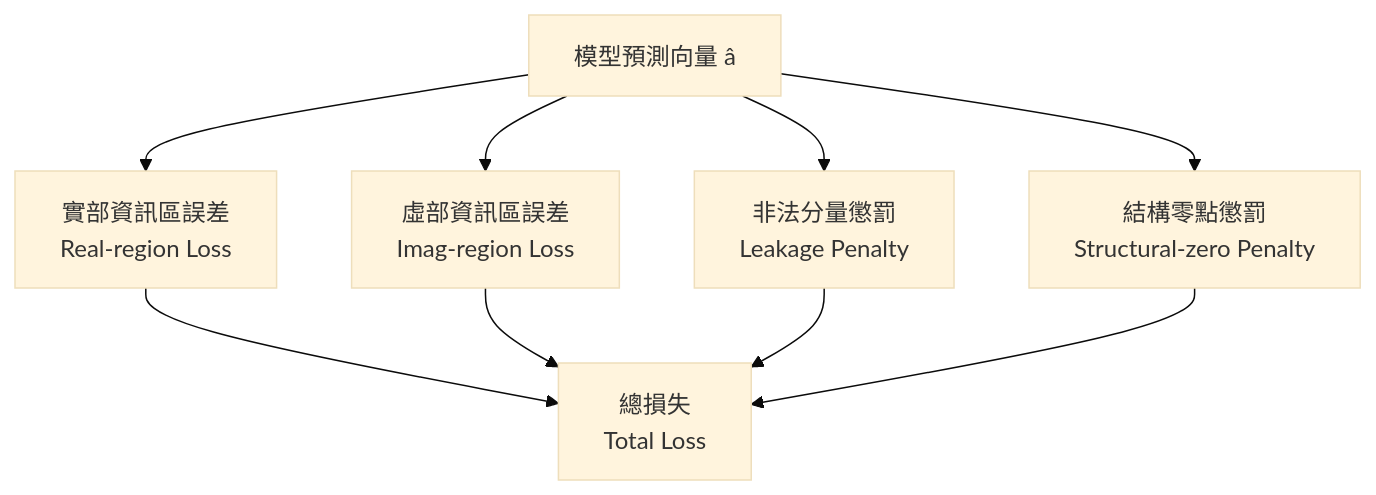
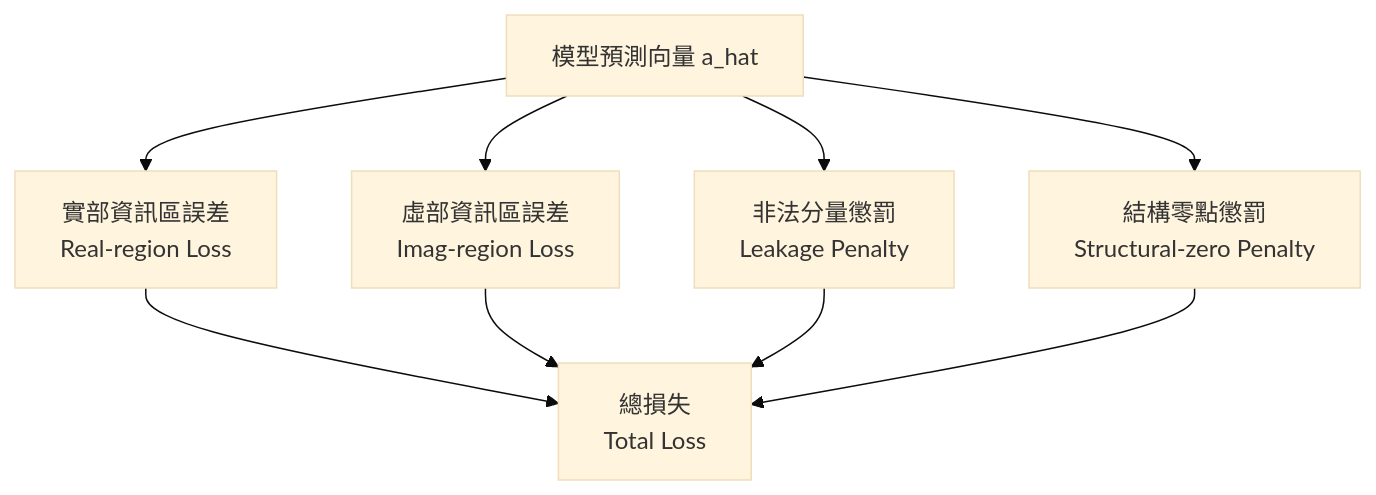
The sixth of 7 diagrams in README.md (CCH147/CVNN_TEST), drawn with Mermaid (base theme) before and after one commit. The commit also changed other lines of this file, not shown here.

````diff
--- a/README.md
+++ b/README.md
@@ -747,12 +751,12 @@
 ```mermaid
 flowchart TD
-    A["模型預測向量 â"]
+    A["模型預測向量 a_hat"]
     --> B["實部資訊區誤差<br/>Real-region Loss"]
     A --> C["虛部資訊區誤差<br/>Imag-region Loss"]
     A --> D["非法分量懲罰<br/>Leakage Penalty"]
     A --> E["結構零點懲罰<br/>Structural-zero Penalty"]
     B --> F["總損失<br/>Total Loss"]
     C --> F
     D --> F
     E --> F
 ```
````
